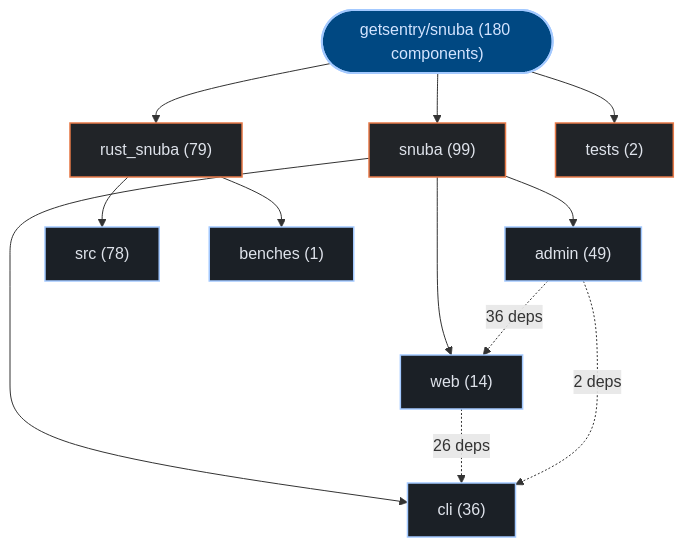
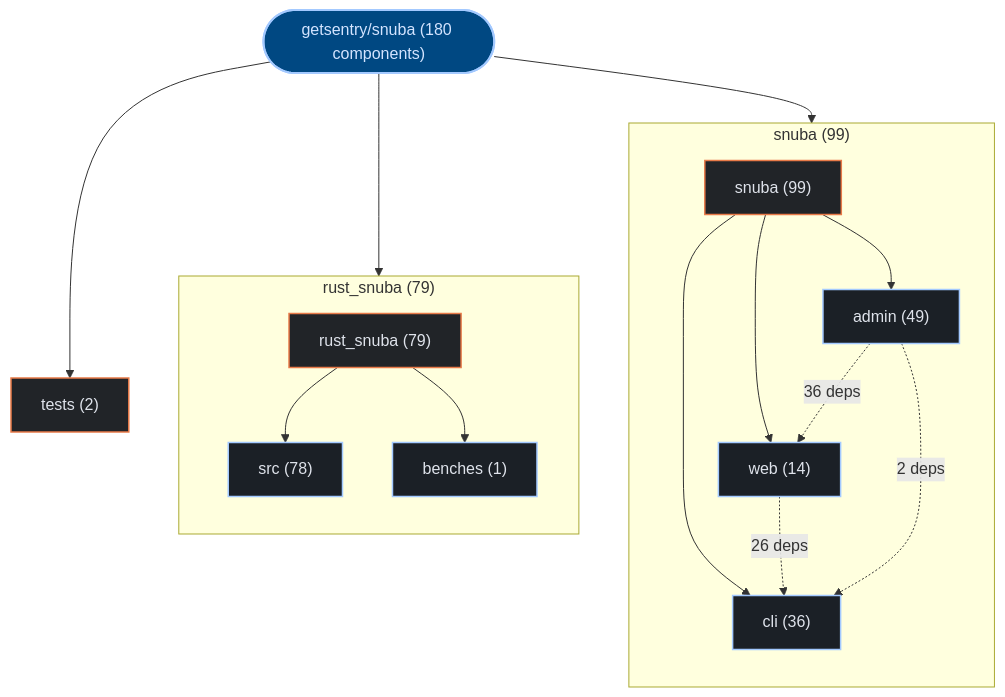
One commit to kumarshaz/atruss-code-atlas changed the first of 3 diagrams in exports/latest/reports/getsentry-snuba-report.md. Above: the diagram before and after it, drawn with Mermaid. The commit also changed 178 other files, not shown here.

Commit message:
feat(ui,mermaid): upgrade to mermaid v12 + ELK layout, add orgs-summary + pagination, subgraph building blocks, fix tab alignment

````diff
--- a/exports/latest/reports/getsentry-snuba-report.md
+++ b/exports/latest/reports/getsentry-snuba-report.md
@@ -42,30 +42,36 @@
 ```mermaid
 graph TD;
   classDef atlasRoot fill:#004882,stroke:#a3c9ff,stroke-width:2px,color:#d3e4ff
   classDef atlasCategory fill:#212428,stroke:#E87A48,stroke-width:1.5px,color:#dfe3eb
   classDef atlasWorkflow fill:#1b2026,stroke:#a3c9ff,stroke-width:1.5px,color:#dfe3eb
   classDef atlasJob fill:#171c22,stroke:#8d9199,stroke-width:1px,color:#dfe3eb
   classDef atlasTarget fill:#005227,stroke:#8bd99b,stroke-width:1.5px,color:#a7f6b6
   classDef atlasAlert fill:#93000a,stroke:#ffb4ab,stroke-width:1.5px,color:#ffdad6
   classDef atlasMore fill:#252a31,stroke:#8d9199,stroke-dasharray:4 4,color:#c3c6cf
     repo_root(["getsentry/snuba (180 components)"]):::atlasRoot
-    dir_0_snuba["snuba (99)"]:::atlasCategory
+    subgraph sg_dir_0_snuba["snuba (99)"]
+      direction TB
+      dir_0_snuba["snuba (99)"]:::atlasCategory
+      sub_0_0_admin["admin (49)"]:::atlasWorkflow
+      dir_0_snuba --> sub_0_0_admin
+      sub_0_1_cli["cli (36)"]:::atlasWorkflow
+      dir_0_snuba --> sub_0_1_cli
+      sub_0_2_web["web (14)"]:::atlasWorkflow
+      dir_0_snuba --> sub_0_2_web
+    end
     repo_root --> dir_0_snuba
-    sub_0_0_admin["admin (49)"]:::atlasWorkflow
-    dir_0_snuba --> sub_0_0_admin
-    sub_0_1_cli["cli (36)"]:::atlasWorkflow
-    dir_0_snuba --> sub_0_1_cli
-    sub_0_2_web["web (14)"]:::atlasWorkflow
-    dir_0_snuba --> sub_0_2_web
-    dir_1_rust_snuba["rust_snuba (79)"]:::atlasCategory
+    subgraph sg_dir_1_rust_snuba["rust_snuba (79)"]
+      direction TB
+      dir_1_rust_snuba["rust_snuba (79)"]:::atlasCategory
+      sub_1_0_src["src (78)"]:::atlasWorkflow
+      dir_1_rust_snuba --> sub_1_0_src
+      sub_1_1_benches["benches (1)"]:::atlasWorkflow
+      dir_1_rust_snuba --> sub_1_1_benches
+    end
     repo_root --> dir_1_rust_snuba
-    sub_1_0_src["src (78)"]:::atlasWorkflow
-    dir_1_rust_snuba --> sub_1_0_src
-    sub_1_1_benches["benches (1)"]:::atlasWorkflow
-    dir_1_rust_snuba --> sub_1_1_benches
     dir_2_tests["tests (2)"]:::atlasCategory
     repo_root --> dir_2_tests
     sub_0_0_admin -.->|"36 deps"| sub_0_2_web
     sub_0_2_web -.->|"26 deps"| sub_0_1_cli
     sub_0_0_admin -.->|"2 deps"| sub_0_1_cli
 ```
````
